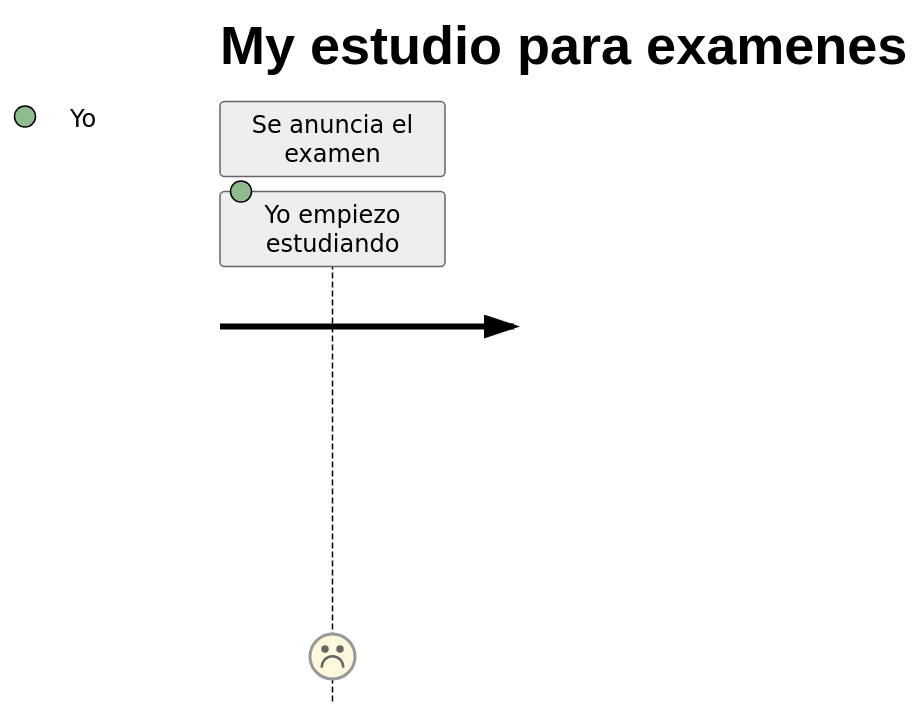
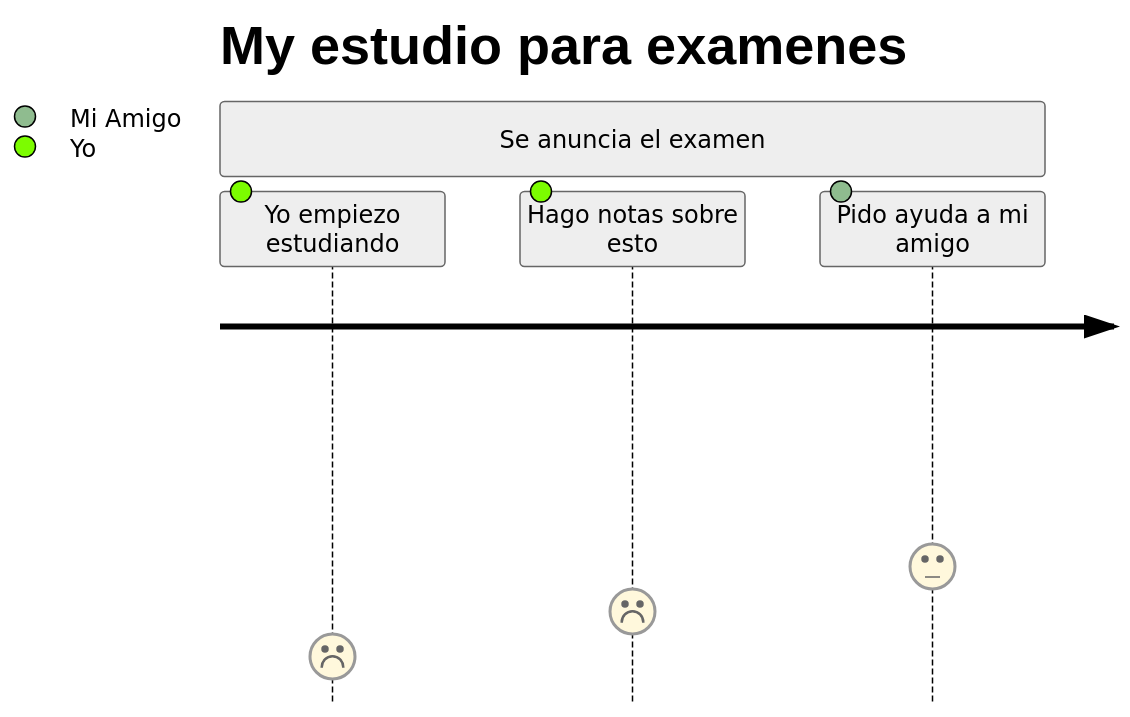
The diagram in README.md (Bryan-Herrera-DEV/Como-Crear-un-Perfil-Hermoso-con-README), drawn with Mermaid (neutral theme) before and after one commit.

````diff
--- a/README.md
+++ b/README.md
@@ -89,6 +89,8 @@
 ```mermaid
 journey
   title My estudio para examenes
   section Se anuncia el examen
     Yo empiezo estudiando: 1: Yo
+    Hago notas sobre esto: 2: Yo
+    Pido ayuda a mi amigo: 3: Mi Amigo
 ```
````
